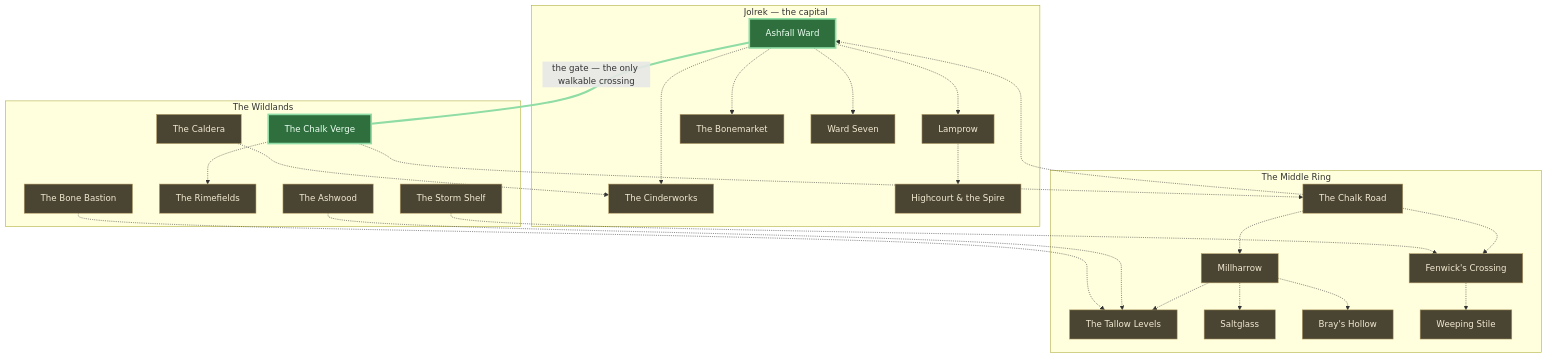
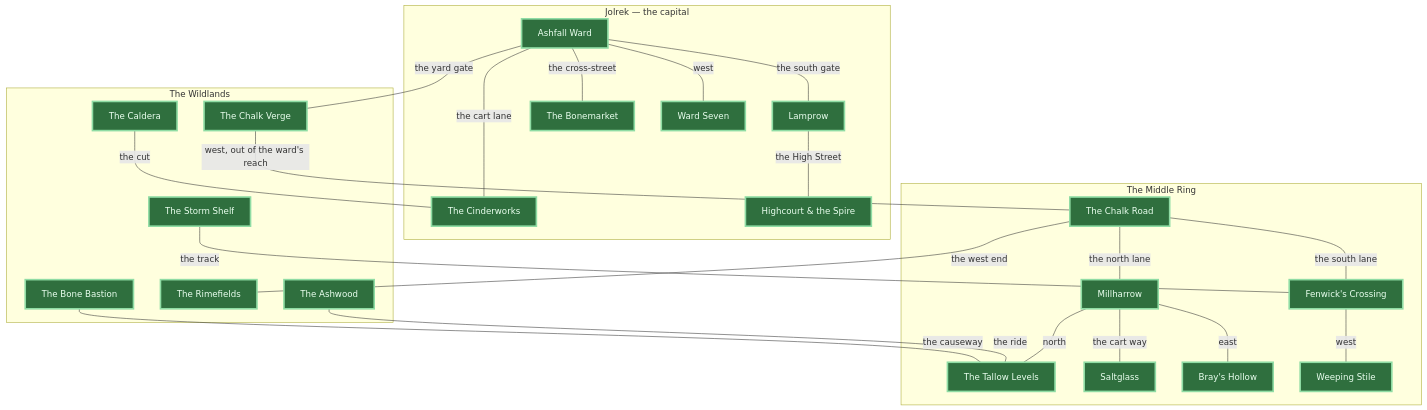
The diagram in docs/12_atlas_of_azo.md (wknudson/CONJURE), drawn with Mermaid before and after one commit. The commit also changed other lines of this file and 68 other files, not shown here.

````diff
--- a/docs/12_atlas_of_azo.md
+++ b/docs/12_atlas_of_azo.md
@@ -31,56 +31,52 @@
 ```mermaid
 graph TD
   subgraph JOLREK["Jolrek — the capital"]
     ASH["Ashfall Ward"]
     LAM["Lamprow"]
     BON["The Bonemarket"]
     CIN["The Cinderworks"]
     HIGH["Highcourt & the Spire"]
     W7["Ward Seven"]
   end
 
   subgraph MID["The Middle Ring"]
     ROAD["The Chalk Road"]
     MILL["Millharrow"]
     TAL["The Tallow Levels"]
     SALT["Saltglass"]
     BRAY["Bray's Hollow"]
     FEN["Fenwick's Crossing"]
     WEEP["Weeping Stile"]
   end
 
   subgraph WILD["The Wildlands"]
     VERGE["The Chalk Verge"]
     CAL["The Caldera"]
     ASHW["The Ashwood"]
     RIME["The Rimefields"]
     SHELF["The Storm Shelf"]
     BAST["The Bone Bastion"]
   end
 
-  ASH ---|"the gate — the only walkable crossing"| VERGE
-  VERGE -.-> ROAD
-  ROAD -.-> MILL
-  ROAD -.-> ASH
-  MILL -.-> TAL
-  MILL -.-> SALT
-  MILL -.-> BRAY
-  ROAD -.-> FEN
-  FEN -.-> WEEP
-  VERGE -.-> RIME
-  ASHW -.-> TAL
-  SHELF -.-> FEN
-  BAST -.-> TAL
-  CAL -.-> CIN
-  ASH -.-> LAM
-  ASH -.-> BON
-  ASH -.-> CIN
-  ASH -.-> W7
-  LAM -.-> HIGH
+  ASH ---|"the yard gate"| VERGE
+  ASH ---|"the south gate"| LAM
+  VERGE ---|"west, out of the ward's reach"| ROAD
+  ROAD ---|"the north lane"| MILL
+  MILL ---|"north"| TAL
+  MILL ---|"the cart way"| SALT
+  MILL ---|"east"| BRAY
+  ROAD ---|"the south lane"| FEN
+  FEN ---|"west"| WEEP
+  ROAD ---|"the west end"| RIME
+  ASHW ---|"the ride"| TAL
+  SHELF ---|"the track"| FEN
+  BAST ---|"the causeway"| TAL
+  CAL ---|"the cut"| CIN
+  ASH ---|"the cross-street"| BON
+  ASH ---|"the cart lane"| CIN
+  ASH ---|"west"| W7
+  LAM ---|"the High Street"| HIGH
 
   classDef walk fill:#2f6f3e,stroke:#8fdca4,stroke-width:3px,color:#eaffef
-  classDef arena fill:#4a4433,stroke:#b39b62,color:#f2e9d0
-  class ASH,VERGE walk
-  class LAM,BON,CIN,HIGH,W7,ROAD,MILL,TAL,SALT,BRAY,FEN,WEEP,CAL,ASHW,RIME,SHELF,BAST arena
-  linkStyle 0 stroke:#8fdca4,stroke-width:4px
+  class ASH,VERGE,LAM,ROAD,BON,CIN,HIGH,W7,MILL,TAL,SALT,BRAY,FEN,WEEP,CAL,ASHW,RIME,SHELF,BAST walk
 ```
````
